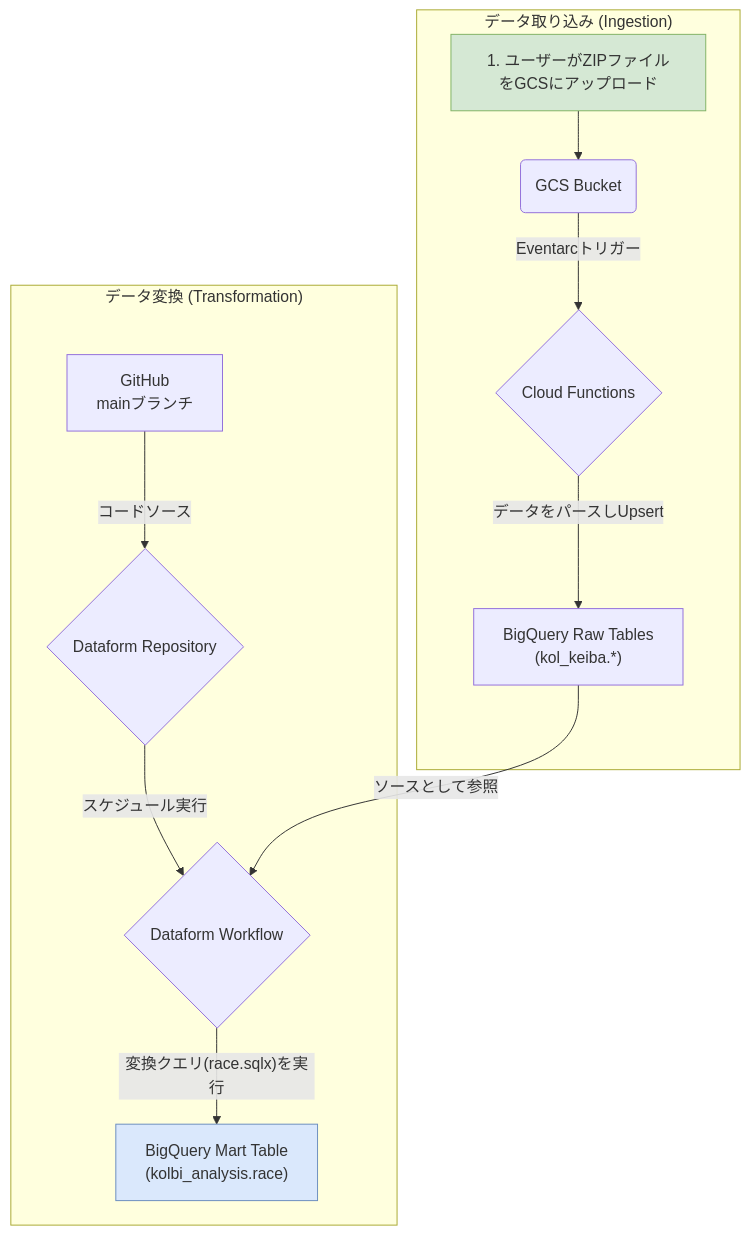
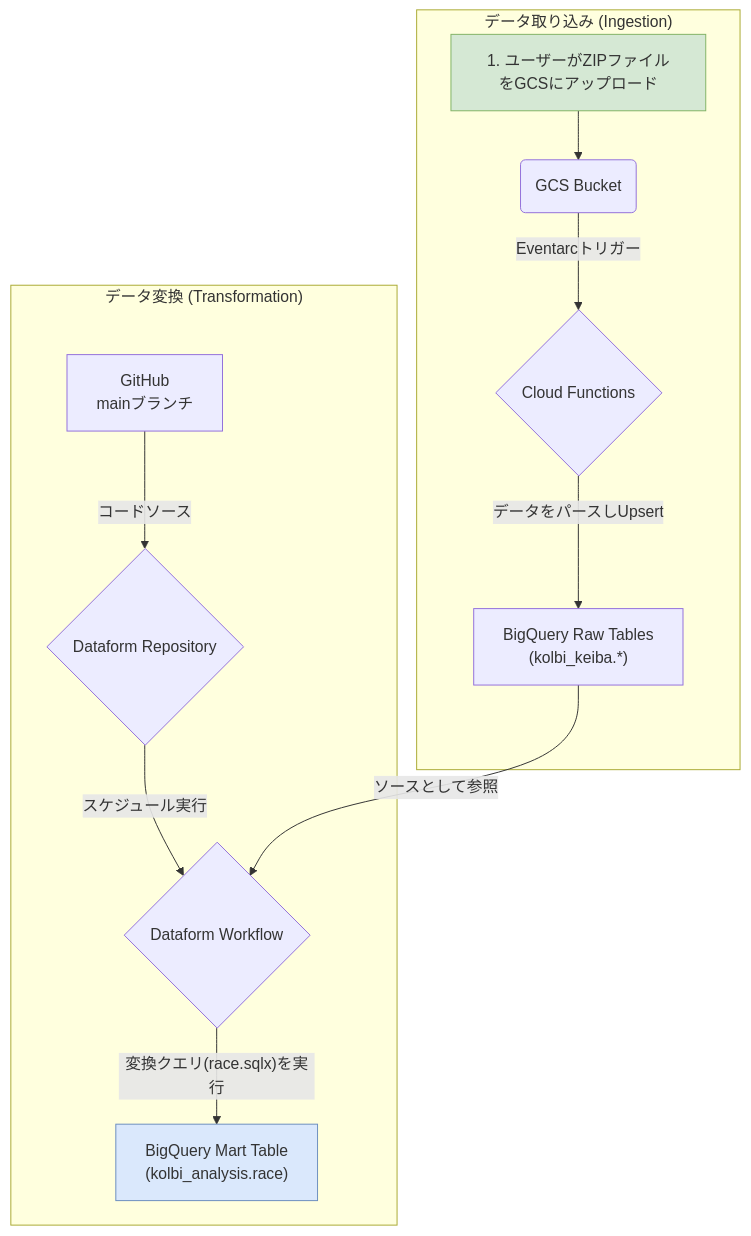
Before and after one commit to ENDoDo/kol-gcp-dataform: the diagram in README.md, drawn with Mermaid. The commit also changed other lines of this file and 1 other file, not shown here.

````diff
--- a/README.md
+++ b/README.md
@@ -17,18 +17,18 @@
 ```mermaid
 graph TD
     subgraph "データ取り込み (Ingestion)"
         A[1. ユーザーがZIPファイルをGCSにアップロード] --> B(GCS Bucket);
         B -- Eventarcトリガー --> C{Cloud Functions};
-        C -- データをパースしUpsert --> D["BigQuery Raw Tables<br>(kol_keiba.*)"];
+        C -- データをパースしUpsert --> D["BigQuery Raw Tables<br>(kolbi_keiba.*)"];
     end
 
     subgraph "データ変換 (Transformation)"
         Git[GitHub<br>mainブランチ] -- コードソース --> E{Dataform Repository};
         E -- スケジュール実行 --> F{Dataform Workflow};
         F -- 変換クエリ(race.sqlx)を実行 --> G["BigQuery Mart Table<br>(kolbi_analysis.race)"];
         D -- ソースとして参照 --> F;
     end
 
     style A fill:#D5E8D4,stroke:#82B366
     style G fill:#DAE8FC,stroke:#6C8EBF
 ```
````
